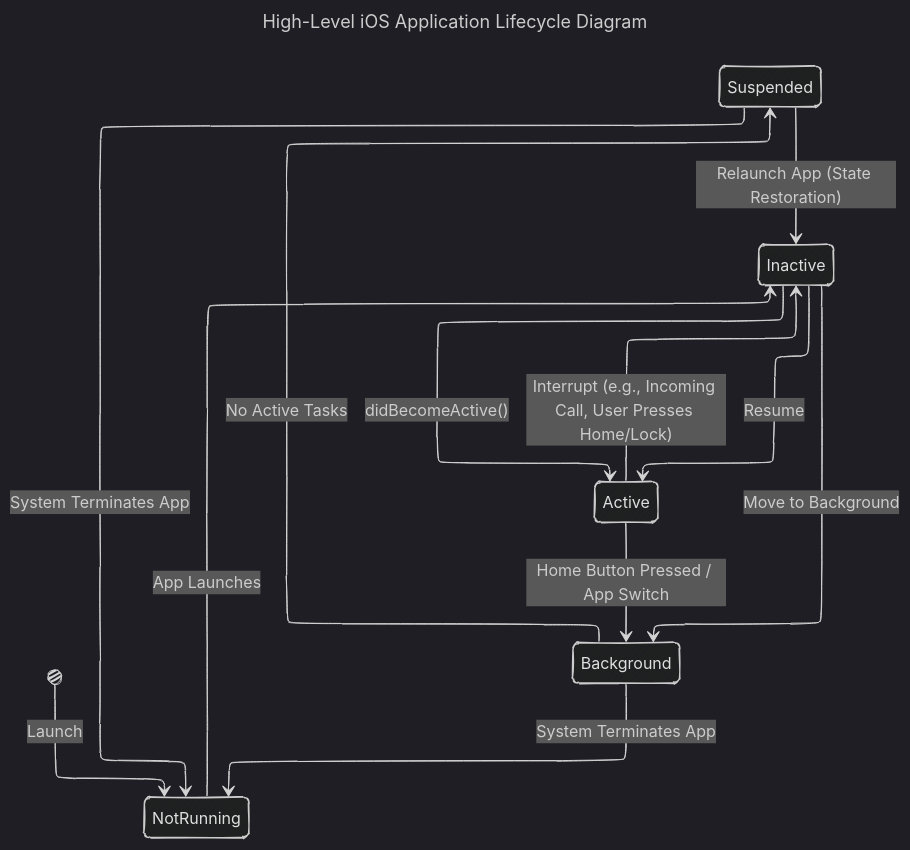
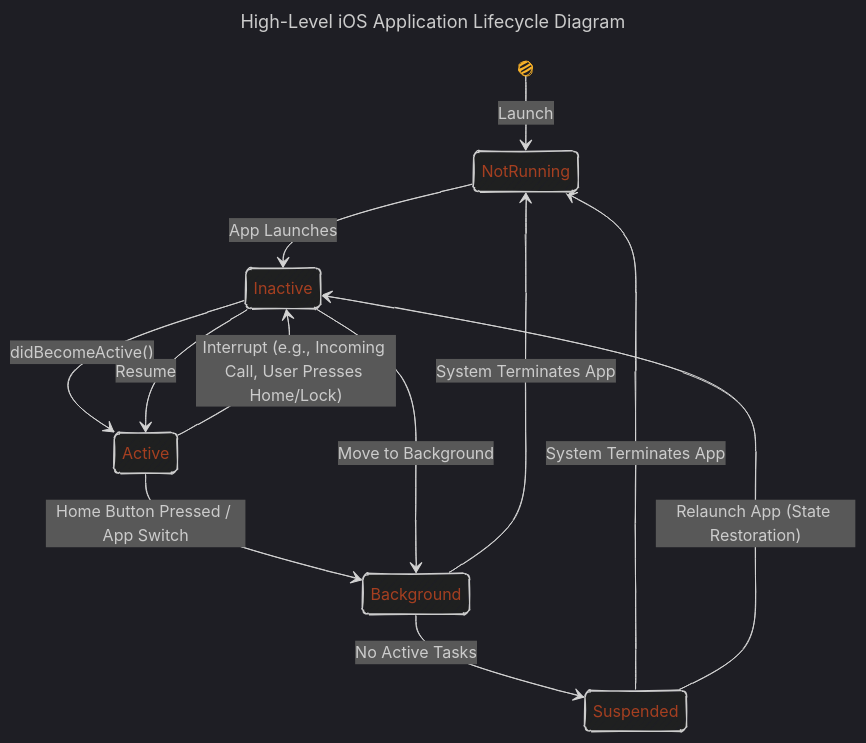
The third of 6 diagrams in iOS_app_and_view_lifecycle/iOS_app_lifecycle_with_UIKit_and_SwiftUI.md (CongLeSolutionX/iOS-development-vault), drawn with Mermaid before and after one commit. The commit also changed other lines of this file, not shown here.

````diff
--- a/iOS_app_and_view_lifecycle/iOS_app_lifecycle_with_UIKit_and_SwiftUI.md
+++ b/iOS_app_and_view_lifecycle/iOS_app_lifecycle_with_UIKit_and_SwiftUI.md
@@ -197,27 +231,42 @@
 ```mermaid
 ---
 title: High-Level iOS Application Lifecycle Diagram
 config:
-  layout: elk
   look: handDrawn
   theme: dark
 ---
+%%%%%%%% Mermaid version v11.4.1-b.14
+%%%%%%%% Available curve styles include the following keywords:
+%% basis, bumpX, bumpY, cardinal, catmullRom, linear, monotoneX, monotoneY, natural, step, stepAfter, stepBefore.
+%%{
+  init: {
+    'fontFamily': 'Fantasy',
+    'themeVariables': {
+      'primaryColor': '#BB2528',
+      'primaryTextColor': '#f529',
+      'primaryBorderColor': '#7C0000',
+      'lineColor': '#F8B229',
+      'secondaryColor': '#006100',
+      'tertiaryColor': '#fff'
+    }
+  }
+}%%
 stateDiagram-v2
     [*] --> NotRunning : Launch
 
     NotRunning --> Inactive : App Launches
     Inactive --> Active : didBecomeActive()
 
     Active --> Inactive : Interrupt (e.g., Incoming Call, User Presses Home/Lock)
     Inactive --> Active : Resume
 
     Active --> Background : Home Button Pressed / App Switch
     Inactive --> Background : Move to Background
 
     Background --> Suspended : No Active Tasks
     Background --> NotRunning : System Terminates App
     Suspended --> NotRunning : System Terminates App
 
     Suspended --> Inactive : Relaunch App (State Restoration)
 
 ```
````
